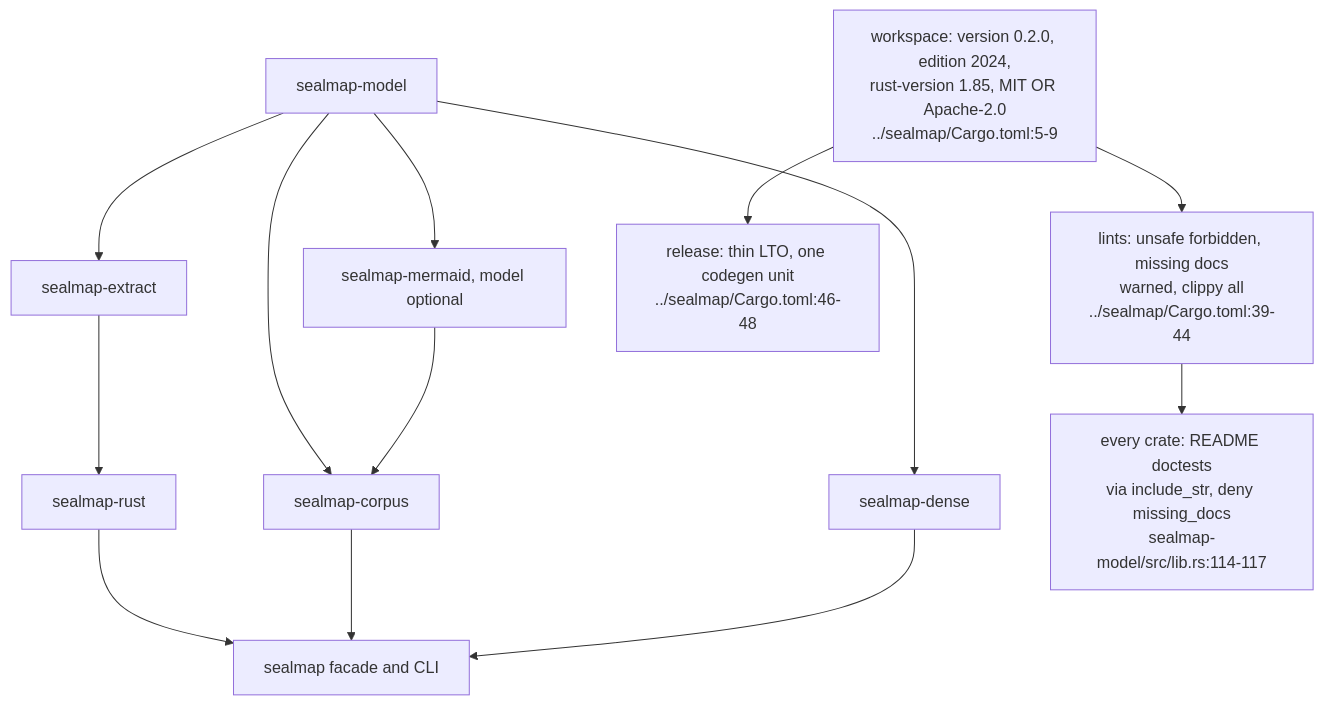
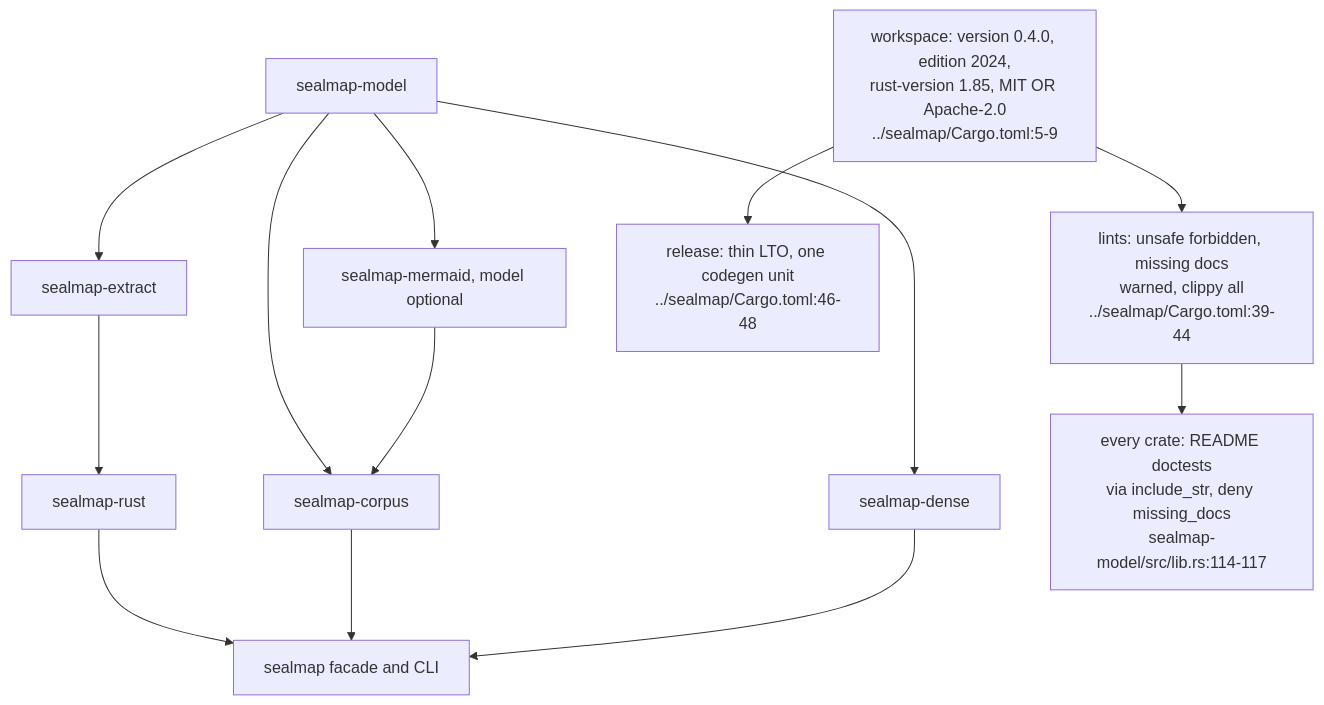
One commit to DreamLab-AI/VisionFlow changed the fourth of 5 diagrams in docs/diagrams/sealmap/19-ci-msrv-and-determinism.md. Above: the diagram before and after it, drawn with Mermaid. The commit also changed other lines of this file and 59 other files, not shown here.

First line of the commit message:
docs(diagrams): re-derive and re-stamp forum, website, pod, ontomark and sealmap topics

````diff
--- a/docs/diagrams/sealmap/19-ci-msrv-and-determinism.md
+++ b/docs/diagrams/sealmap/19-ci-msrv-and-determinism.md
@@ -204,24 +202,24 @@
 ```mermaid
 flowchart TB
-    WS["workspace: version 0.2.0, edition 2024,<br/>rust-version 1.85, MIT OR Apache-2.0<br/>../sealmap/Cargo.toml:5-9"]
+    WS["workspace: version 0.4.0, edition 2024,<br/>rust-version 1.85, MIT OR Apache-2.0<br/>../sealmap/Cargo.toml:5-9"]
     LN["lints: unsafe forbidden, missing docs<br/>warned, clippy all<br/>../sealmap/Cargo.toml:39-44"]
     MO["sealmap-model"]
     MM["sealmap-mermaid, model optional"]
     XT["sealmap-extract"]
     RU["sealmap-rust"]
     CO["sealmap-corpus"]
     DE["sealmap-dense"]
     FA["sealmap facade and CLI"]
     DT["every crate: README doctests<br/>via include_str, deny missing_docs<br/>sealmap-model/src/lib.rs:114-117"]
     REL["release: thin LTO, one codegen unit<br/>../sealmap/Cargo.toml:46-48"]
     WS --> LN
     MO --> MM
     MO --> XT --> RU
     MO --> CO
     MM --> CO
     RU --> FA
     CO --> FA
     MO --> DE --> FA
     LN --> DT
     WS --> REL
 ```
````
